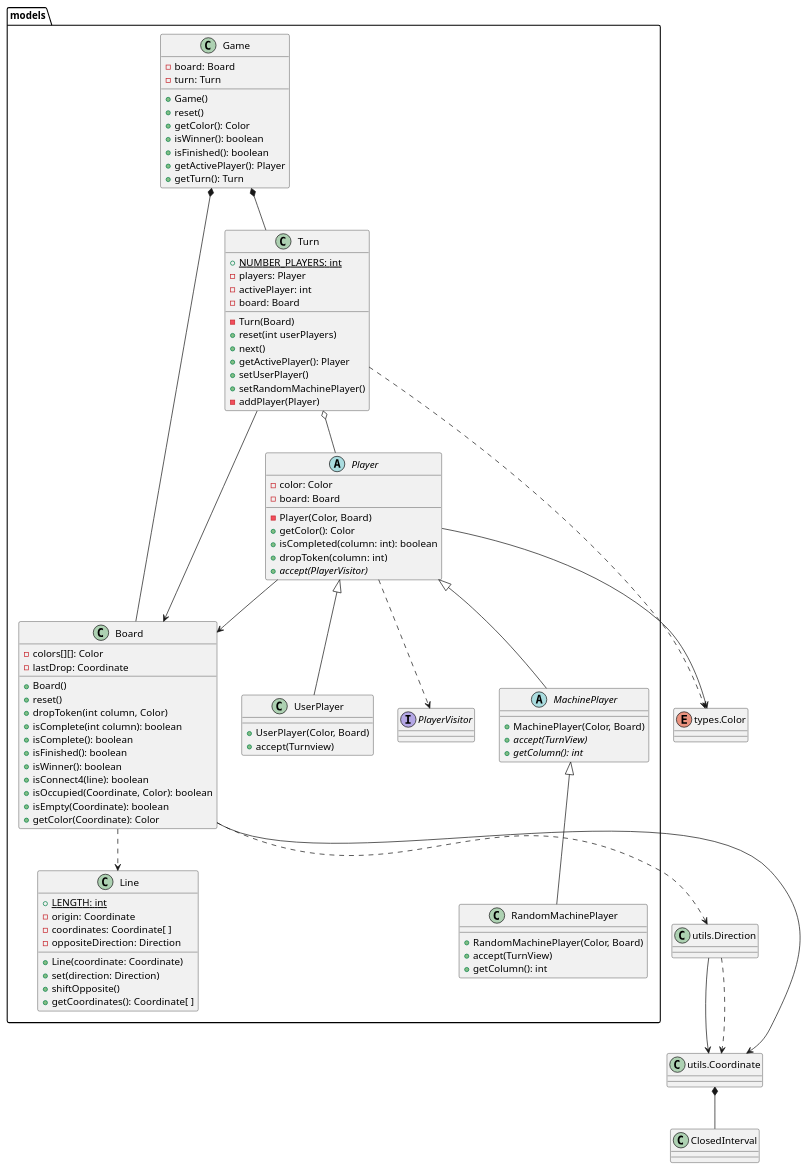
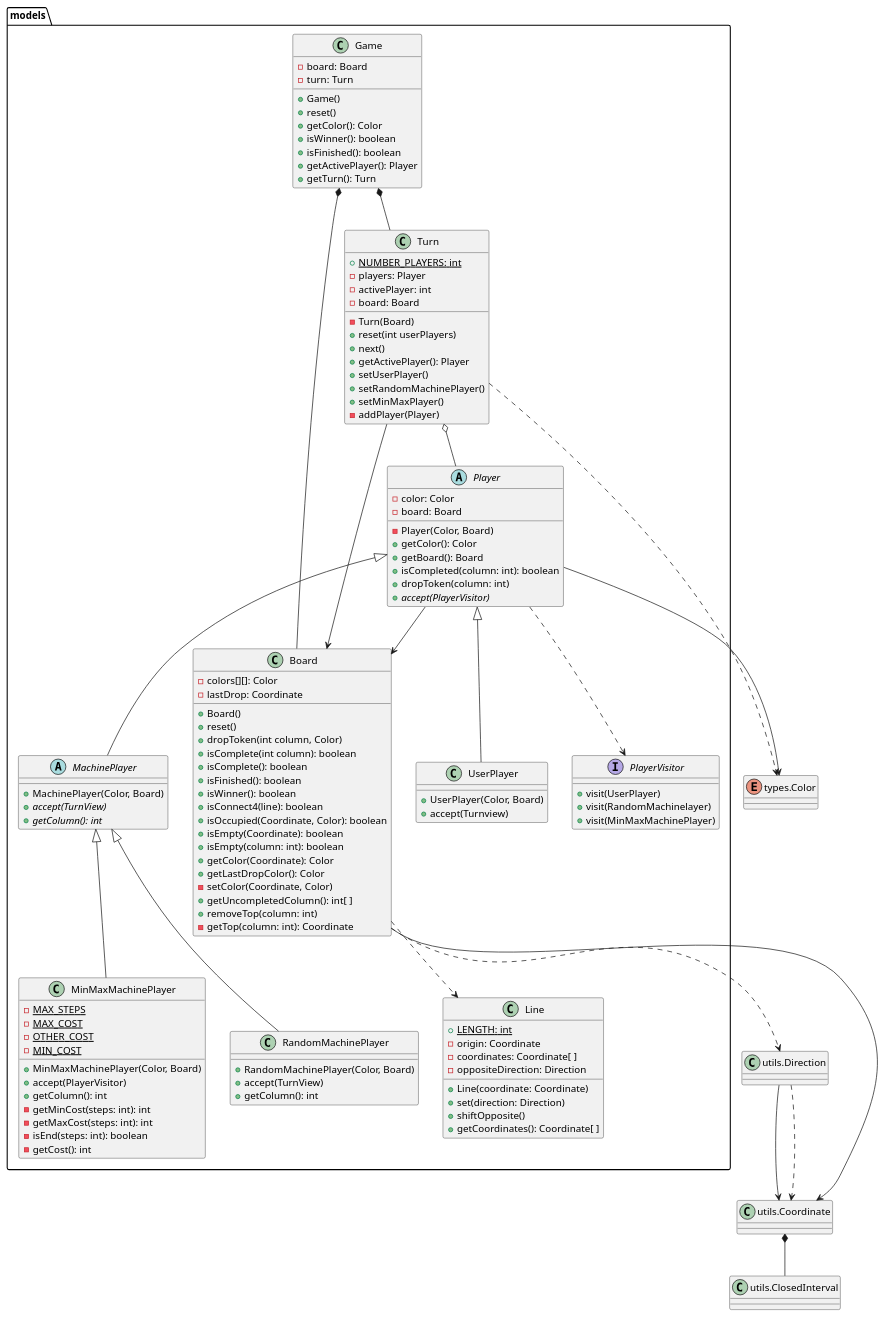
One commit to js-rom/connect4 changed the diagram in connect4/Docs/diagrams/src/packages/connect4.models.plantuml. Above: the diagram before and after it, drawn with PlantUML. The commit also changed 2 other files, not shown here.

Commit message:
docs(featureDocs): update docs with new feature IA Player

```diff
--- a/connect4/Docs/diagrams/src/packages/connect4.models.plantuml
+++ b/connect4/Docs/diagrams/src/packages/connect4.models.plantuml
@@ -1,101 +1,129 @@
 @startuml connect4.models
 
 class models.Game
 class models.Board
 class models.Turn
 class models.Line
 abstract class models.Player
 class models.UserPlayer
 abstract class models.MachinePlayer
 class models.RandomMachinePlayer
 interface models.PlayerVisitor
+class models.MinMaxMachinePlayer
+
+Game *-- Board
+Game *-- Turn
+Turn --> Board
+Turn o-- Player
+Player --> Board
+Player ..> PlayerVisitor
+Player <|-- UserPlayer
+Player <|-- MachinePlayer
+MachinePlayer <|-- RandomMachinePlayer
+MachinePlayer <|-- MinMaxMachinePlayer
+Board ..> Line
 
 enum Color as "types.Color"
 class Direction as "utils.Direction"
 class Coordinate as "utils.Coordinate"
 class Coordinate as "utils.Coordinate"
+class ClosedInterval as "utils.ClosedInterval"
 
-
-Game *-- Board
-Game *-- Turn
-Turn --> Board
-Turn o-- Player
 Turn ..> Color
 Player --> Color
-Player --> Board
-Player ..> PlayerVisitor
-Player <|-- UserPlayer
-Player <|-- MachinePlayer
-MachinePlayer <|-- RandomMachinePlayer
 Board --> Coordinate
-Board ..> Line
 Board ..> Direction
 Direction --> Coordinate
 Direction ..> Coordinate
 Coordinate *-- ClosedInterval
 
 Game : -board: Board
 Game : -turn: Turn
 Game : +Game()
 Game : +reset()
 Game : +getColor(): Color
 Game : +isWinner(): boolean
 Game : +isFinished(): boolean
 Game : +getActivePlayer(): Player
 Game : +getTurn(): Turn
 
 Turn : {static} +NUMBER_PLAYERS: int
 Turn : -players: Player
 Turn : -activePlayer: int
 Turn : -board: Board
 Turn : -Turn(Board)
 Turn : +reset(int userPlayers)
 Turn : +next()
 Turn : +getActivePlayer(): Player
 Turn : +setUserPlayer()
 Turn : +setRandomMachinePlayer()
+Turn : +setMinMaxPlayer()
 Turn : -addPlayer(Player)
+
+PlayerVisitor : +visit(UserPlayer)
+PlayerVisitor : +visit(RandomMachinelayer)
+PlayerVisitor : +visit(MinMaxMachinePlayer)
 
 Player : -color: Color
 Player : -board: Board
 Player : -Player(Color, Board)
 Player : +getColor(): Color
+Player : +getBoard(): Board
 Player : +isCompleted(column: int): boolean
 Player : +dropToken(column: int)
 Player : +{abstract}accept(PlayerVisitor)
 
 UserPlayer : +UserPlayer(Color, Board)
 UserPlayer : +accept(Turnview)
 
 MachinePlayer : +MachinePlayer(Color, Board)
 MachinePlayer : +{abstract}accept(TurnView)
 MachinePlayer : +{abstract}getColumn(): int
 
 RandomMachinePlayer : +RandomMachinePlayer(Color, Board)
 RandomMachinePlayer : +accept(TurnView)
 RandomMachinePlayer : +getColumn(): int
 
+MinMaxMachinePlayer : {static} -MAX_STEPS
+MinMaxMachinePlayer : {static} -MAX_COST
+MinMaxMachinePlayer : {static} -OTHER_COST
+MinMaxMachinePlayer : {static} -MIN_COST
+MinMaxMachinePlayer : +MinMaxMachinePlayer(Color, Board)
+MinMaxMachinePlayer : +accept(PlayerVisitor)
+MinMaxMachinePlayer : +getColumn(): int
+MinMaxMachinePlayer : -getMinCost(steps: int): int
+MinMaxMachinePlayer : -getMaxCost(steps: int): int
+MinMaxMachinePlayer : -isEnd(steps: int): boolean
+MinMaxMachinePlayer : -getCost(): int
+
 Board : -colors[][]: Color
 Board : -lastDrop: Coordinate
 Board : +Board()
 Board : +reset()
 Board : +dropToken(int column, Color)
 Board : +isComplete(int column): boolean
 Board : +isComplete(): boolean
 Board : +isFinished(): boolean
 Board : +isWinner(): boolean
 Board : +isConnect4(line): boolean
 Board : +isOccupied(Coordinate, Color): boolean
 Board : +isEmpty(Coordinate): boolean
+Board : +isEmpty(column: int): boolean
 Board : +getColor(Coordinate): Color
+Board : +getLastDropColor(): Color
+Board : -setColor(Coordinate, Color)
+Board : +getUncompletedColumn(): int[ ]
+Board : +removeTop(column: int)
+Board : -getTop(column: int): Coordinate
+
 
 Line : {static} +LENGTH: int
 Line : -origin: Coordinate
 Line : -coordinates: Coordinate[ ]
 Line : -oppositeDirection: Direction
 Line : +Line(coordinate: Coordinate)
 Line : +set(direction: Direction)
 Line : +shiftOpposite()
 Line : +getCoordinates(): Coordinate[ ]
 
 @enduml
```
